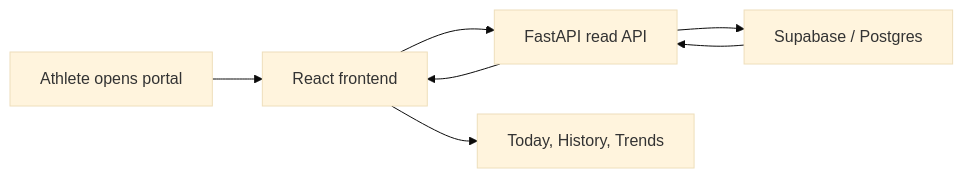
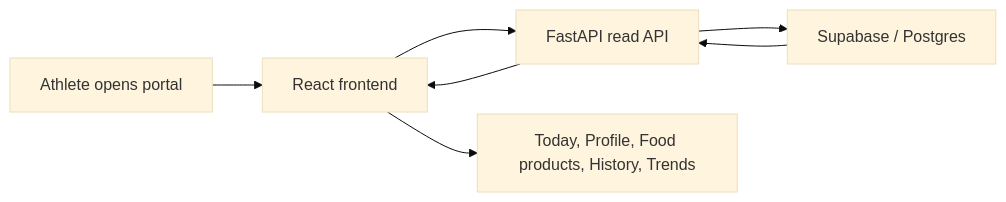
One commit to rodo1985/apex-UI changed the diagram in docs/APEX_PORTAL_IMPLEMENTATION.md. Above: the diagram before and after it, drawn with Mermaid (base theme). The commit also changed other lines of this file and 11 other files, not shown here.

````diff
--- a/docs/APEX_PORTAL_IMPLEMENTATION.md
+++ b/docs/APEX_PORTAL_IMPLEMENTATION.md
@@ -40,9 +42,9 @@
 ```mermaid
 flowchart LR
     User["Athlete opens portal"] --> Web["React frontend"]
     Web --> API["FastAPI read API"]
     API --> DB["Supabase / Postgres"]
     DB --> API
     API --> Web
-    Web --> Views["Today, History, Trends"]
+    Web --> Views["Today, Profile, Food products, History, Trends"]
 ```
````
